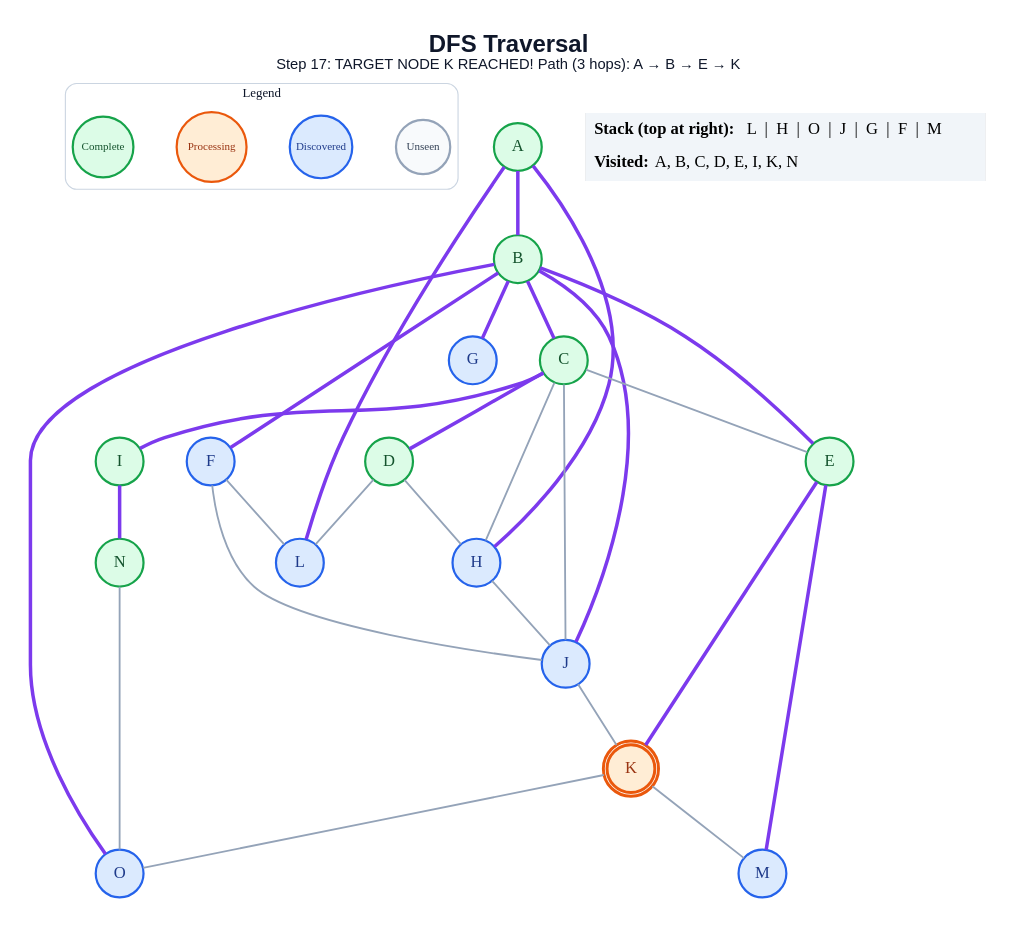
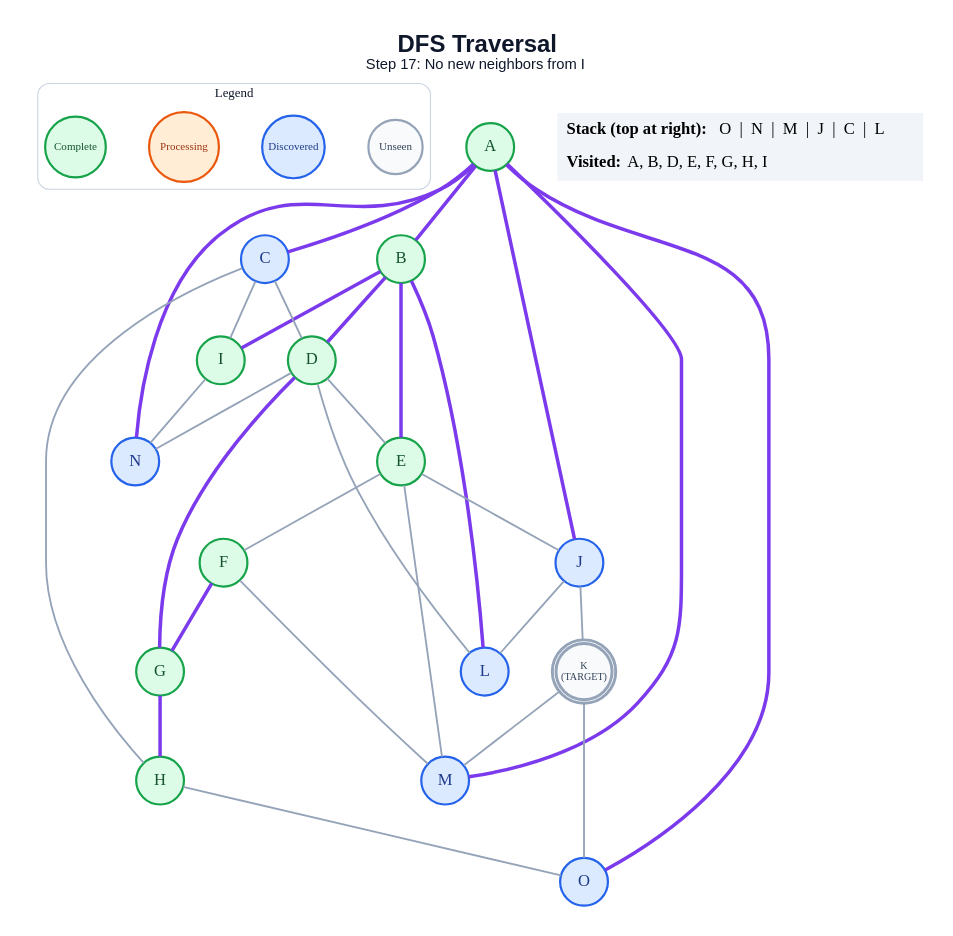
The diagram in generated/specific-node/dfs/step_17.dot (anon7238593-create/ai-slop), drawn with Graphviz before and after one commit. The commit also changed 303 other files, not shown here.

```diff
--- a/generated/specific-node/dfs/step_17.dot
+++ b/generated/specific-node/dfs/step_17.dot
@@ -1,60 +1,63 @@
 graph traversal {
   graph [layout=dot, rankdir=TB, bgcolor="#FFFFFF", pad="0.35", nodesep="0.65", ranksep="0.8", fontname="Arial"];
   node [shape=circle, style="filled", fontname="Arial Bold", fontsize=18, width=0.72, fixedsize=true, penwidth=2.4];
   edge [color="#94A3B8", penwidth=2.0];
-  label=<<B>DFS Traversal</B><BR/><FONT POINT-SIZE="16">Step 17: TARGET NODE K REACHED! Path (3 hops): A → B → E → K</FONT>>; labelloc="t"; fontsize=26; fontname="Arial"; fontcolor="#0F172A";
+  label=<<B>DFS Traversal</B><BR/><FONT POINT-SIZE="16">Step 17: No new neighbors from I</FONT>>; labelloc="t"; fontsize=26; fontname="Arial"; fontcolor="#0F172A";
   subgraph cluster_legend { label="Legend"; color="#CBD5E1"; penwidth=1.2; style="rounded"; fontsize=14; fontname="Arial Bold";
     key_unseen [label="Unseen", fillcolor="#F8FAFC", color="#94A3B8", fontcolor="#334155", fontsize=12, width=0.82];
     key_frontier [label="Discovered", fillcolor="#DBEAFE", color="#2563EB", fontcolor="#1E3A8A", fontsize=12, width=0.95];
     key_current [label="Processing", fillcolor="#FFEDD5", color="#EA580C", fontcolor="#9A3412", fontsize=12, width=1.05];
     key_done [label="Complete", fillcolor="#DCFCE7", color="#16A34A", fontcolor="#14532D", fontsize=12, width=0.92];
     { rank=same; key_unseen; key_frontier; key_current; key_done; }
   }
   A [label="A", fillcolor="#DCFCE7", color="#16A34A", fontcolor="#14532D", peripheries=1, penwidth=2.4];
   B [label="B", fillcolor="#DCFCE7", color="#16A34A", fontcolor="#14532D", peripheries=1, penwidth=2.4];
-  C [label="C", fillcolor="#DCFCE7", color="#16A34A", fontcolor="#14532D", peripheries=1, penwidth=2.4];
+  C [label="C", fillcolor="#DBEAFE", color="#2563EB", fontcolor="#1E3A8A", peripheries=1, penwidth=2.4];
   D [label="D", fillcolor="#DCFCE7", color="#16A34A", fontcolor="#14532D", peripheries=1, penwidth=2.4];
   E [label="E", fillcolor="#DCFCE7", color="#16A34A", fontcolor="#14532D", peripheries=1, penwidth=2.4];
-  F [label="F", fillcolor="#DBEAFE", color="#2563EB", fontcolor="#1E3A8A", peripheries=1, penwidth=2.4];
-  G [label="G", fillcolor="#DBEAFE", color="#2563EB", fontcolor="#1E3A8A", peripheries=1, penwidth=2.4];
-  H [label="H", fillcolor="#DBEAFE", color="#2563EB", fontcolor="#1E3A8A", peripheries=1, penwidth=2.4];
+  F [label="F", fillcolor="#DCFCE7", color="#16A34A", fontcolor="#14532D", peripheries=1, penwidth=2.4];
+  G [label="G", fillcolor="#DCFCE7", color="#16A34A", fontcolor="#14532D", peripheries=1, penwidth=2.4];
+  H [label="H", fillcolor="#DCFCE7", color="#16A34A", fontcolor="#14532D", peripheries=1, penwidth=2.4];
   I [label="I", fillcolor="#DCFCE7", color="#16A34A", fontcolor="#14532D", peripheries=1, penwidth=2.4];
   J [label="J", fillcolor="#DBEAFE", color="#2563EB", fontcolor="#1E3A8A", peripheries=1, penwidth=2.4];
-  K [label="K", fillcolor="#FFEDD5", color="#EA580C", fontcolor="#9A3412", peripheries=2, penwidth=3.2];
+  K [label="K\n(TARGET)", fillcolor="#F8FAFC", color="#94A3B8", fontcolor="#334155", peripheries=2, penwidth=3.2, fontsize=11, width=0.85, height=0.85];
   L [label="L", fillcolor="#DBEAFE", color="#2563EB", fontcolor="#1E3A8A", peripheries=1, penwidth=2.4];
   M [label="M", fillcolor="#DBEAFE", color="#2563EB", fontcolor="#1E3A8A", peripheries=1, penwidth=2.4];
-  N [label="N", fillcolor="#DCFCE7", color="#16A34A", fontcolor="#14532D", peripheries=1, penwidth=2.4];
+  N [label="N", fillcolor="#DBEAFE", color="#2563EB", fontcolor="#1E3A8A", peripheries=1, penwidth=2.4];
   O [label="O", fillcolor="#DBEAFE", color="#2563EB", fontcolor="#1E3A8A", peripheries=1, penwidth=2.4];
   A -- B [color="#7C3AED", penwidth=3.8];
-  A -- H [color="#7C3AED", penwidth=3.8];
-  A -- L [color="#7C3AED", penwidth=3.8];
-  B -- C [color="#7C3AED", penwidth=3.8];
+  A -- C [color="#7C3AED", penwidth=3.8];
+  A -- J [color="#7C3AED", penwidth=3.8];
+  A -- M [color="#7C3AED", penwidth=3.8];
+  A -- N [color="#7C3AED", penwidth=3.8];
+  A -- O [color="#7C3AED", penwidth=3.8];
+  B -- D [color="#7C3AED", penwidth=3.8];
   B -- E [color="#7C3AED", penwidth=3.8];
-  B -- F [color="#7C3AED", penwidth=3.8];
-  B -- G [color="#7C3AED", penwidth=3.8];
-  B -- J [color="#7C3AED", penwidth=3.8];
-  B -- O [color="#7C3AED", penwidth=3.8];
-  C -- D [color="#7C3AED", penwidth=3.8];
-  C -- E;
+  B -- I [color="#7C3AED", penwidth=3.8];
+  B -- L [color="#7C3AED", penwidth=3.8];
+  C -- D;
   C -- H;
-  C -- I [color="#7C3AED", penwidth=3.8];
-  C -- J;
-  D -- H;
+  C -- I;
+  D -- E;
+  D -- G [color="#7C3AED", penwidth=3.8];
   D -- L;
-  E -- K [color="#7C3AED", penwidth=3.8];
-  E -- M [color="#7C3AED", penwidth=3.8];
-  F -- J;
-  F -- L;
-  H -- J;
-  I -- N [color="#7C3AED", penwidth=3.8];
+  D -- N;
+  E -- F;
+  E -- J;
+  E -- M;
+  F -- G [color="#7C3AED", penwidth=3.8];
+  F -- M;
+  G -- H [color="#7C3AED", penwidth=3.8];
+  H -- O;
+  I -- N;
   J -- K;
+  J -- L;
   K -- M;
   K -- O;
-  N -- O;
   status [shape=plain, fixedsize=false, width=0, height=0, margin=0, label=<
     <TABLE BORDER="0" CELLBORDER="0" CELLPADDING="7" BGCOLOR="#F1F5F9">
-      <TR><TD ALIGN="LEFT"><B>Stack (top at right):</B> L  |  H  |  O  |  J  |  G  |  F  |  M</TD></TR>
-      <TR><TD ALIGN="LEFT"><B>Visited:</B> A, B, C, D, E, I, K, N</TD></TR>
+      <TR><TD ALIGN="LEFT"><B>Stack (top at right):</B> O  |  N  |  M  |  J  |  C  |  L</TD></TR>
+      <TR><TD ALIGN="LEFT"><B>Visited:</B> A, B, D, E, F, G, H, I</TD></TR>
     </TABLE>
   >];
 }
```
